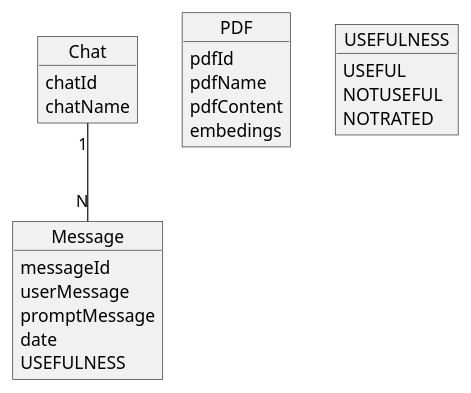
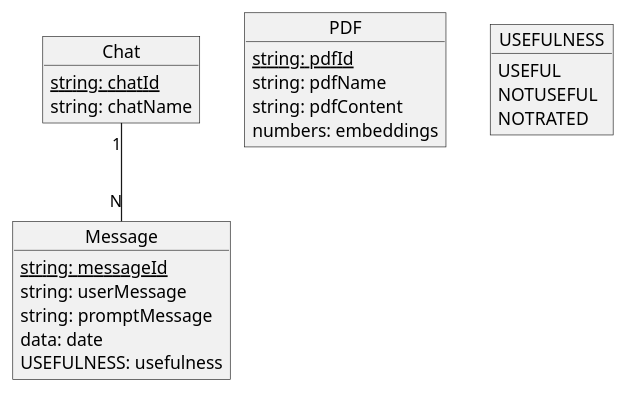
Before and after one commit to Haopeng138/UML: the diagram in ModeloConceptualChatbot.puml, drawn with PlantUML. The commit also changed 2 other files, not shown here.

```diff
--- a/ModeloConceptualChatbot.puml
+++ b/ModeloConceptualChatbot.puml
@@ -1,31 +1,31 @@
 @startuml "Modelo Conceptual Chatbot"
 
 object Chat {
-    chatId
-    chatName
+    <u>string: chatId
+    string: chatName
 }
 
 object Message {
-    messageId
-    userMessage
-    promptMessage
-    date
-    USEFULNESS
+    <u>string: messageId
+    string: userMessage
+    string: promptMessage
+    data: date
+    USEFULNESS: usefulness
 }
 
 object PDF {
-    pdfId
-    pdfName
-    pdfContent
-    embedings
+    <u>string: pdfId
+    string: pdfName
+    string: pdfContent
+    numbers: embeddings
 }
 
 object USEFULNESS {
     USEFUL
     NOTUSEFUL
     NOTRATED
 }
 
 Chat "1" -- "N" Message
 
 @enduml
```
